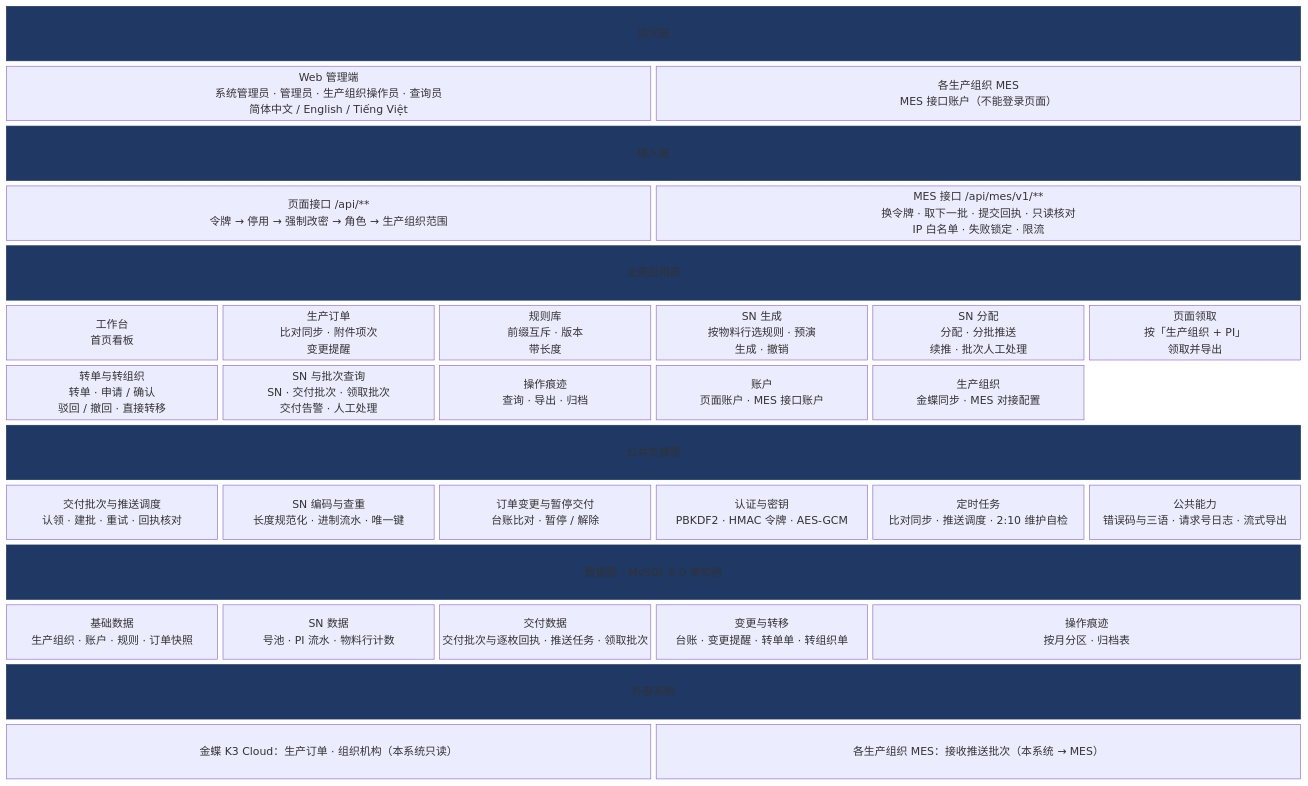
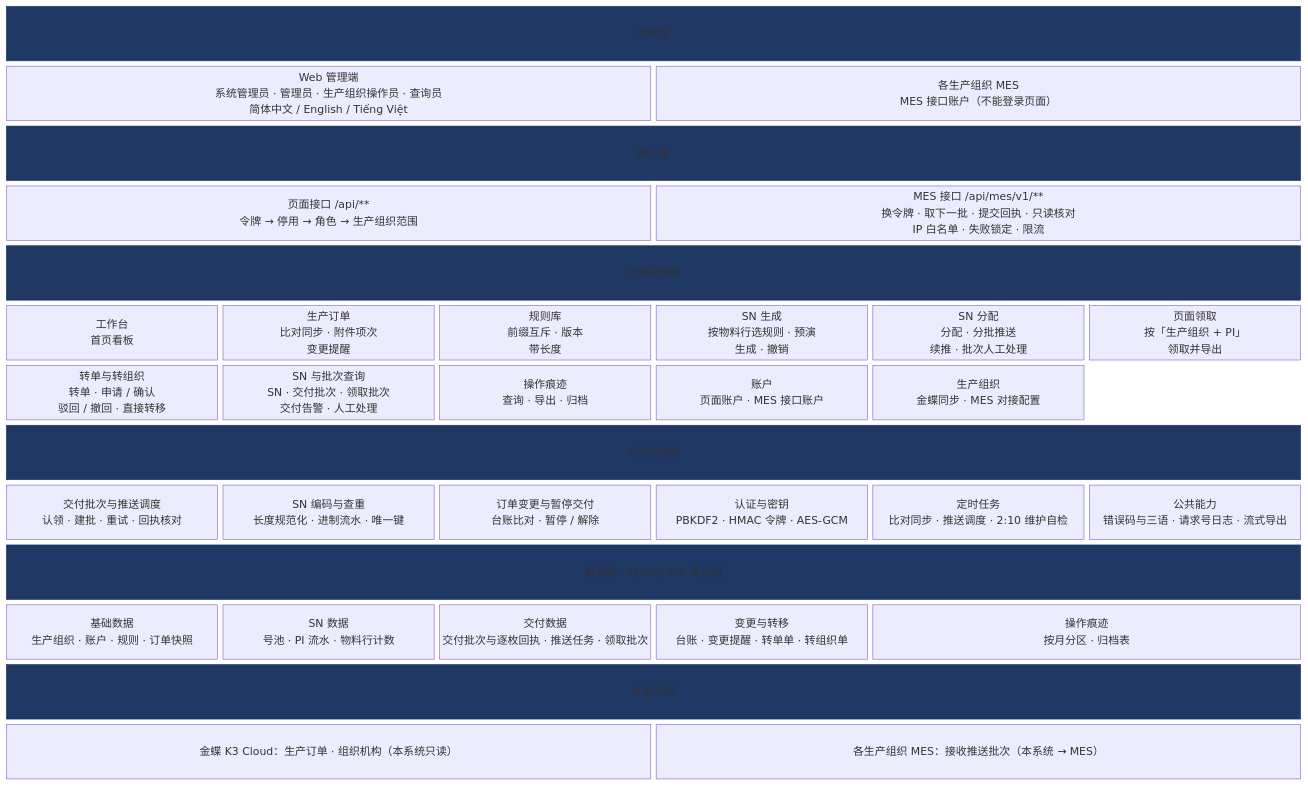
The diagram in docs/images/系统技术方案/fig2-1-function.mmd (Createsnow/sn-center), drawn with Mermaid before and after one commit. The commit also changed 28 other files, not shown here.

```diff
--- a/docs/images/系统技术方案/fig2-1-function.mmd
+++ b/docs/images/系统技术方案/fig2-1-function.mmd
@@ -1,39 +1,39 @@
 block-beta
   columns 6
   L1["访问层"]:6
   W["Web 管理端<br/>系统管理员 · 管理员 · 生产组织操作员 · 查询员<br/>简体中文 / English / Tiếng Việt"]:3
   M["各生产组织 MES<br/>MES 接口账户（不能登录页面）"]:3
   L2["接入层"]:6
-  P["页面接口 /api/**<br/>令牌 → 停用 → 强制改密 → 角色 → 生产组织范围"]:3
+  P["页面接口 /api/**<br/>令牌 → 停用 → 角色 → 生产组织范围"]:3
   A["MES 接口 /api/mes/v1/**<br/>换令牌 · 取下一批 · 提交回执 · 只读核对<br/>IP 白名单 · 失败锁定 · 限流"]:3
   L3["业务应用层"]:6
   G1["工作台<br/>首页看板"]
   G2["生产订单<br/>比对同步 · 附件项次<br/>变更提醒"]
   G3["规则库<br/>前缀互斥 · 版本<br/>带长度"]
   G4["SN 生成<br/>按物料行选规则 · 预演<br/>生成 · 撤销"]
   G11["SN 分配<br/>分配 · 分批推送<br/>续推 · 批次人工处理"]
   G5["页面领取<br/>按「生产组织 + PI」<br/>领取并导出"]
   G6["转单与转组织<br/>转单 · 申请 / 确认<br/>驳回 / 撤回 · 直接转移"]
   G7["SN 与批次查询<br/>SN · 交付批次 · 领取批次<br/>交付告警 · 人工处理"]
   G8["操作痕迹<br/>查询 · 导出 · 归档"]
   G9["账户<br/>页面账户 · MES 接口账户"]
   G10["生产组织<br/>金蝶同步 · MES 对接配置"]
   space:1
   L4["公共支撑层"]:6
   S1["交付批次与推送调度<br/>认领 · 建批 · 重试 · 回执核对"]
   S2["SN 编码与查重<br/>长度规范化 · 进制流水 · 唯一键"]
   S3["订单变更与暂停交付<br/>台账比对 · 暂停 / 解除"]
   S4["认证与密钥<br/>PBKDF2 · HMAC 令牌 · AES-GCM"]
   S5["定时任务<br/>比对同步 · 推送调度 · 2:10 维护自检"]
   S6["公共能力<br/>错误码与三语 · 请求号日志 · 流式导出"]
   L5["数据层 · MySQL 8.0 单实例"]:6
   D1["基础数据<br/>生产组织 · 账户 · 规则 · 订单快照"]
   D2["SN 数据<br/>号池 · PI 流水 · 物料行计数"]
   D3["交付数据<br/>交付批次与逐枚回执 · 推送任务 · 领取批次"]
   D4["变更与转移<br/>台账 · 变更提醒 · 转单单 · 转组织单"]
   D5["操作痕迹<br/>按月分区 · 归档表"]:2
   L6["外部系统"]:6
   K["金蝶 K3 Cloud：生产订单 · 组织机构（本系统只读）"]:3
   MM["各生产组织 MES：接收推送批次（本系统 → MES）"]:3
   classDef layer fill:#1f3864,color:#fff,stroke:#1f3864
   class L1,L2,L3,L4,L5,L6 layer
```
